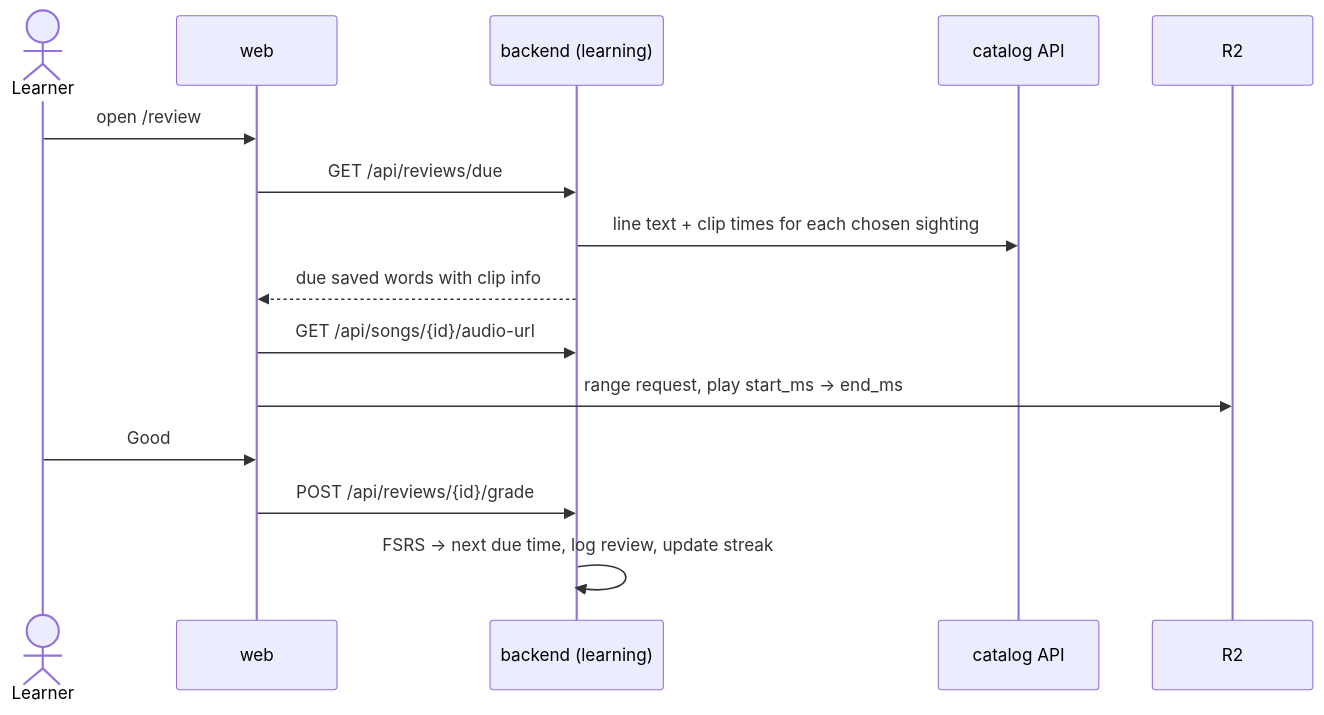
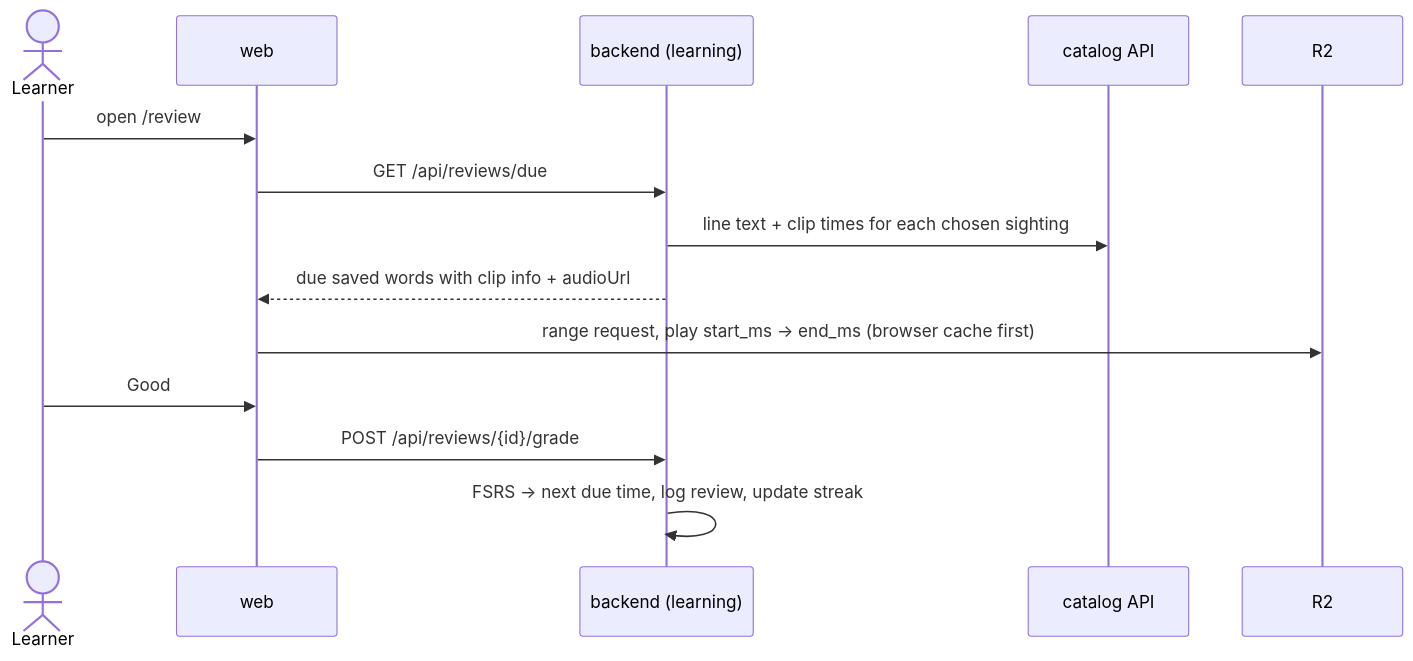
The fifth of 7 diagrams in docs/ARCHITECTURE.md (anasha447/lyric-sync-learning-platform), drawn with Mermaid before and after one commit. The commit also changed other lines of this file and 4 other files, not shown here.

````diff
--- a/docs/ARCHITECTURE.md
+++ b/docs/ARCHITECTURE.md
@@ -133,18 +133,17 @@
 ```mermaid
 sequenceDiagram
     actor L as Learner
     participant W as web
     participant B as backend (learning)
     participant CA as catalog API
     participant R2 as R2
 
     L->>W: open /review
     W->>B: GET /api/reviews/due
     B->>CA: line text + clip times for each chosen sighting
-    B-->>W: due saved words with clip info
-    W->>B: GET /api/songs/{id}/audio-url
-    W->>R2: range request, play start_ms → end_ms
+    B-->>W: due saved words with clip info + audioUrl
+    W->>R2: range request, play start_ms → end_ms (browser cache first)
     L->>W: Good
     W->>B: POST /api/reviews/{id}/grade
     B->>B: FSRS → next due time, log review, update streak
 ```
````
